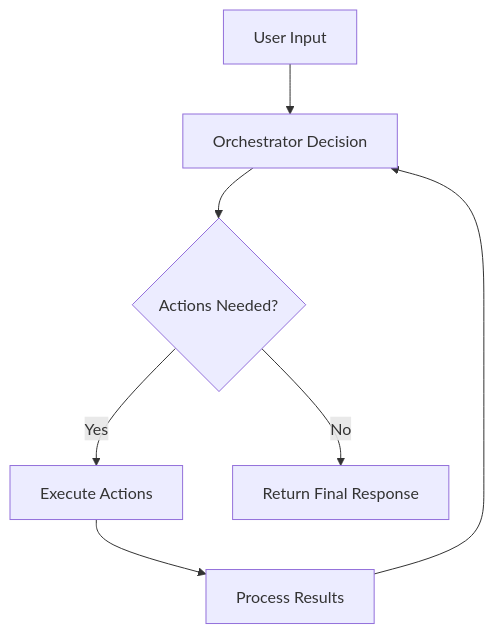
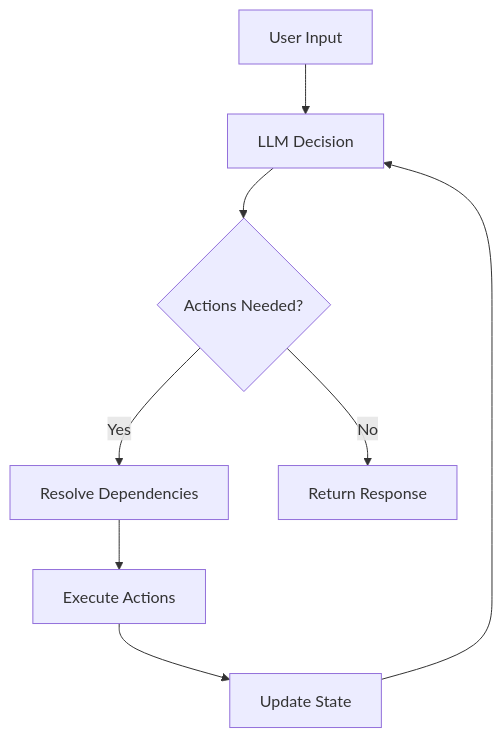
The diagram in apps/docs/core-concepts/task-loop.mdx (kulcsartibor/spinai), drawn with Mermaid before and after one commit. The commit also changed other lines of this file and 17 other files, not shown here.

````diff
--- a/apps/docs/core-concepts/task-loop.mdx
+++ b/apps/docs/core-concepts/task-loop.mdx
@@ -15,9 +60,10 @@
 ```mermaid
 graph TD
-    A[User Input] --> B[Orchestrator Decision]
+    A[User Input] --> B[LLM Decision]
     B --> C{Actions Needed?}
-    C -->|Yes| D[Execute Actions]
-    D --> E[Process Results]
-    E --> B
-    C -->|No| F[Return Final Response]
+    C -->|Yes| D[Resolve Dependencies]
+    D --> E[Execute Actions]
+    E --> F[Update State]
+    F --> B
+    C -->|No| G[Return Response]
 ```
````
